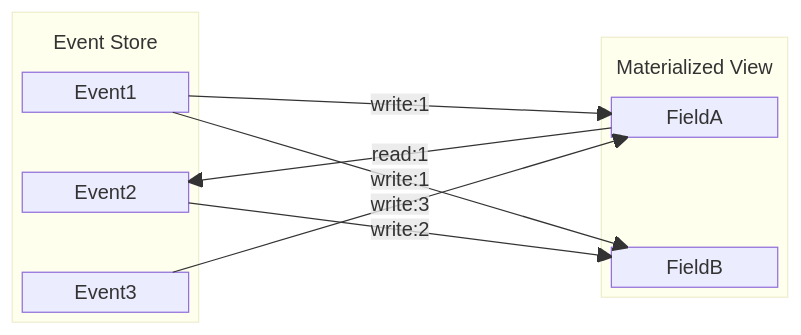
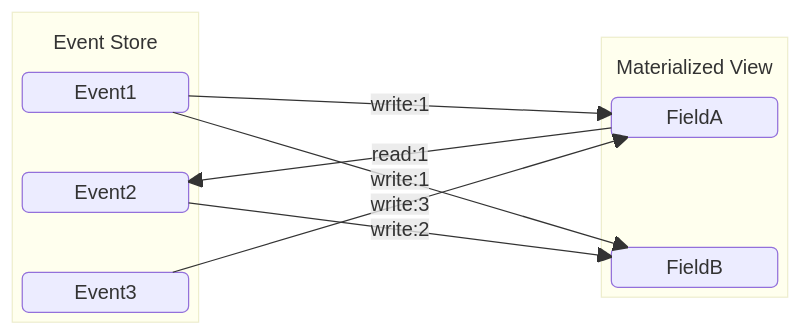
The fourth of 8 diagrams in docs/docs.md (avl/noatun), drawn with Mermaid before and after one commit. The commit also changed other lines of this file and 12 other files, not shown here.

````diff
--- a/docs/docs.md
+++ b/docs/docs.md
@@ -362,31 +362,31 @@
 ```mermaid 
 block-beta
     columns 5
     block
         columns 1
         uct1("Event Store")
-        Event1
+        Event1("Event1")
         space
-        Event2
+        Event2("Event2")
         space
-        Event3
+        Event3("Event3")
     end
     space
     space
     block
         columns 1
         uct2("Materialized View")
-        FieldA
+        FieldA("FieldA")
         space
         space
-        FieldB
+        FieldB("FieldB")
     end
     Event1-- "write:1" -->FieldA
     Event1-- "write:1" -->FieldB
     FieldA-- "read:1" -->Event2
     Event2-- "write:2" -->FieldB
     Event3-- "write:3" -->FieldA
 class uct1 BT
 class uct2 BT
 classDef BT stroke:transparent,fill:transparent
 ```
````
